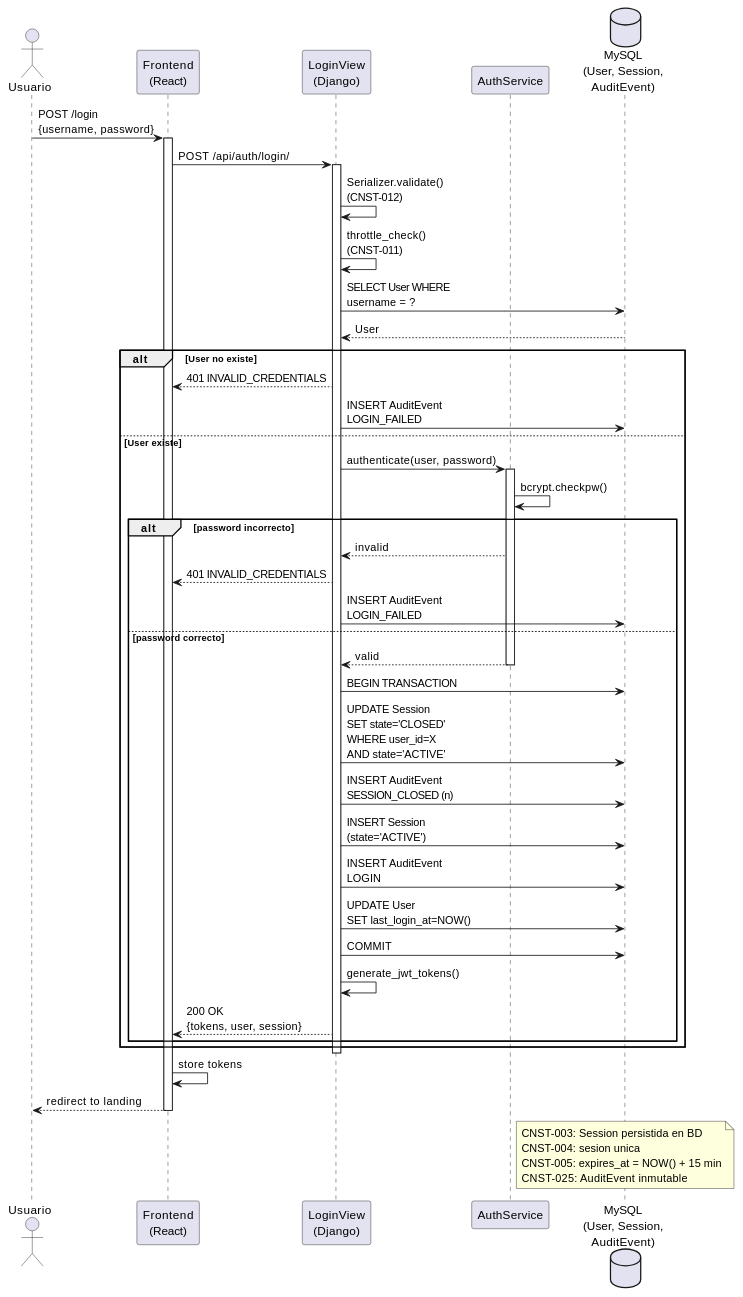
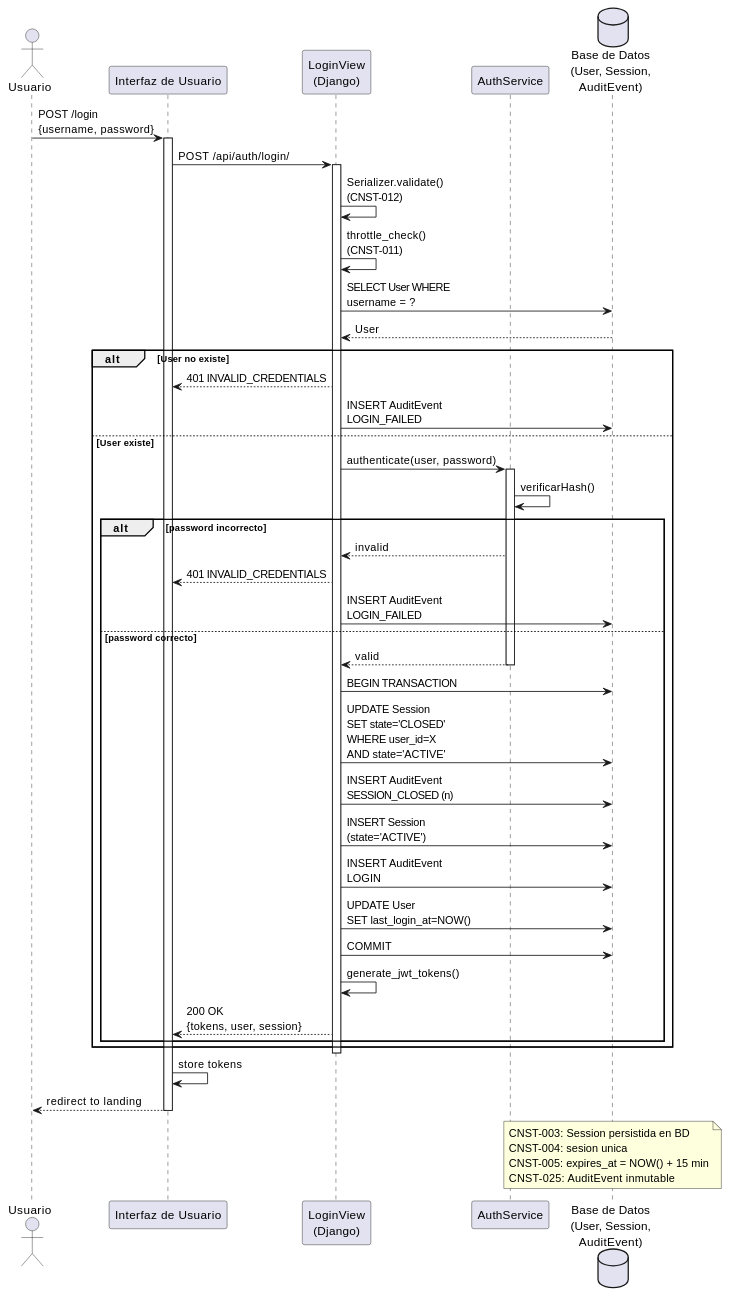
Before and after one commit to jcg-admin/IACT-docs: the second of 4 diagrams in source/requisitos/casos-uso/auth/uc-auth-01/diagramas-uml.rst, drawn with PlantUML. The commit also changed other lines of this file and 48 other files, not shown here.

```diff
--- a/source/requisitos/casos-uso/auth/uc-auth-01/diagramas-uml.rst
+++ b/source/requisitos/casos-uso/auth/uc-auth-01/diagramas-uml.rst
@@ -63,64 +63,64 @@
 .. uml::
  :caption: UC_AUTH_01 — secuencia del flujo principal
 
  @startuml
 
  actor       Usuario as U
- participant "Frontend\n(React)" as F
+ participant "Interfaz de Usuario" as F
  participant "LoginView\n(Django)" as V
  participant "AuthService" as Svc
- database    "MySQL\n(User, Session,\nAuditEvent)" as BD
+ database    "Base de Datos\n(User, Session,\nAuditEvent)" as BD
 
  U -> F : POST /login\n{username, password}
  activate F
 
  F -> V : POST /api/auth/login/
  activate V
 
  V -> V : Serializer.validate()\n(CNST-012)
  V -> V : throttle_check()\n(CNST-011)
 
  V -> BD : SELECT User WHERE\nusername = ?
  BD --> V : User
 
  alt User no existe
    V --> F : 401 INVALID_CREDENTIALS
    V -> BD : INSERT AuditEvent\nLOGIN_FAILED
  else User existe
    V -> Svc : authenticate(user, password)
    activate Svc
-   Svc -> Svc : bcrypt.checkpw()
+   Svc -> Svc : verificarHash()
    alt password incorrecto
      Svc --> V : invalid
      V --> F : 401 INVALID_CREDENTIALS
      V -> BD : INSERT AuditEvent\nLOGIN_FAILED
    else password correcto
      Svc --> V : valid
      deactivate Svc
 
      V -> BD : BEGIN TRANSACTION
      V -> BD : UPDATE Session\nSET state='CLOSED'\nWHERE user_id=X\nAND state='ACTIVE'
      V -> BD : INSERT AuditEvent\nSESSION_CLOSED (n)
      V -> BD : INSERT Session\n(state='ACTIVE')
      V -> BD : INSERT AuditEvent\nLOGIN
      V -> BD : UPDATE User\nSET last_login_at=NOW()
      V -> BD : COMMIT
 
      V -> V : generate_jwt_tokens()
      V --> F : 200 OK\n{tokens, user, session}
    end
  end
  deactivate V
 
  F -> F : store tokens
  F --> U : redirect to landing
  deactivate F
 
  note over BD
    CNST-003: Session persistida en BD
    CNST-004: sesion unica
    CNST-005: expires_at = NOW() + 15 min
    CNST-025: AuditEvent inmutable
  end note
 
  @enduml
```
